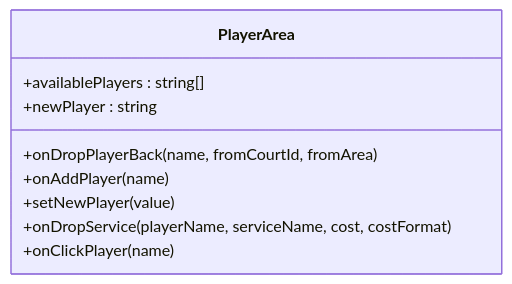
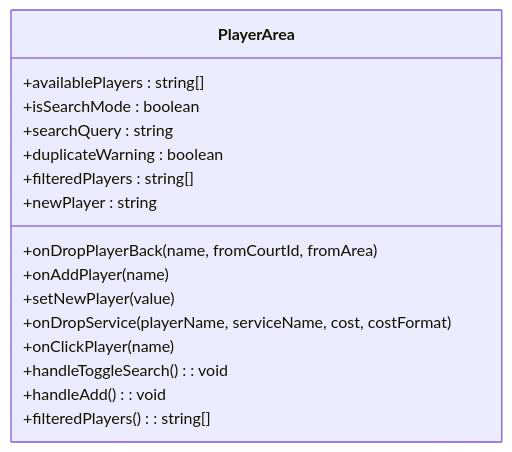
Before and after one commit to Vissel/badminton-court-management: the sixth of 12 diagrams in .qoder/repowiki/en/content/Court Management Interface.md, drawn with Mermaid. The commit also changed other lines of this file and 36 other files, not shown here.

````diff
--- a/.qoder/repowiki/en/content/Court Management Interface.md
+++ b/.qoder/repowiki/en/content/Court Management Interface.md
@@ -216,12 +249,19 @@
 ```mermaid
 classDiagram
 class PlayerArea {
 +availablePlayers : string[]
++isSearchMode : boolean
++searchQuery : string
++duplicateWarning : boolean
++filteredPlayers : string[]
 +onDropPlayerBack(name, fromCourtId, fromArea)
 +onAddPlayer(name)
 +newPlayer : string
 +setNewPlayer(value)
 +onDropService(playerName, serviceName, cost, costFormat)
 +onClickPlayer(name)
++handleToggleSearch() : void
++handleAdd() : void
++filteredPlayers() : string[]
 }
 ```
````
